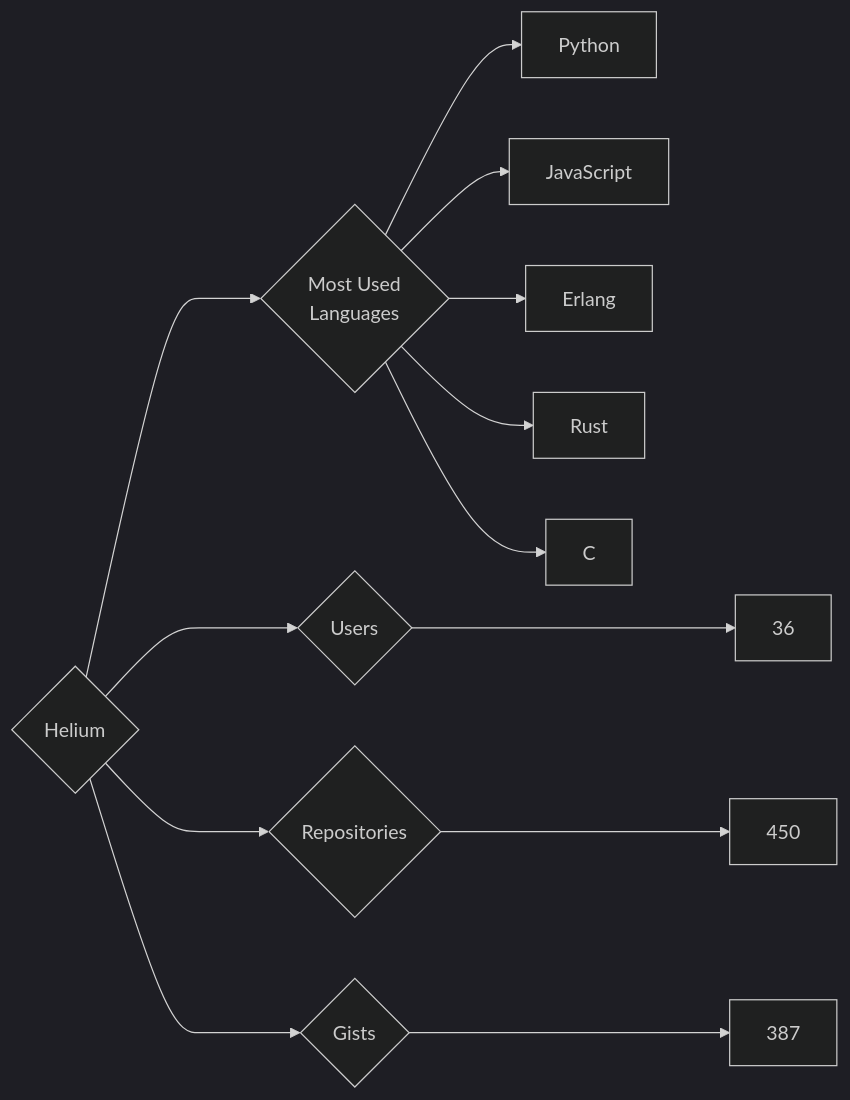
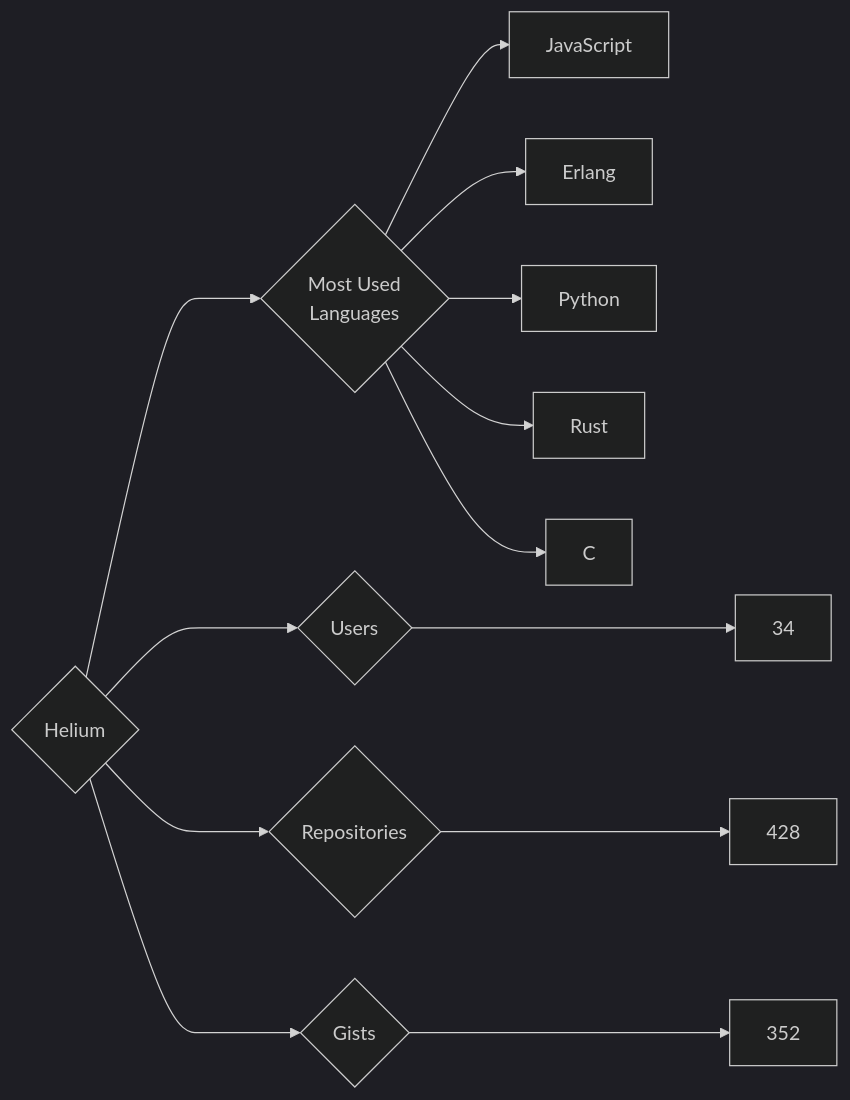
One commit to trickest/insiders changed the diagram in targets/Helium/README.md. Above: the diagram before and after it, drawn with Mermaid (dark theme). The commit also changed 757 other files, not shown here.

````diff
--- a/targets/Helium/README.md
+++ b/targets/Helium/README.md
@@ -3,13 +3,13 @@
 ```mermaid
 graph LR
 COMPANY_NAME{Helium}
-COMPANY_NAME ---> U{Users} ---> UN[36]
-COMPANY_NAME ---> R{Repositories} ---> RN[450]
-COMPANY_NAME ---> G{Gists} ---> GN[387]
+COMPANY_NAME ---> U{Users} ---> UN[34]
+COMPANY_NAME ---> R{Repositories} ---> RN[428]
+COMPANY_NAME ---> G{Gists} ---> GN[352]
 COMPANY_NAME ---> ML{Most Used<br>Languages}
-ML --> Python[Python]
 ML --> JavaScript[JavaScript]
 ML --> Erlang[Erlang]
+ML --> Python[Python]
 ML --> Rust[Rust]
 ML --> C[C]
 ```
````
